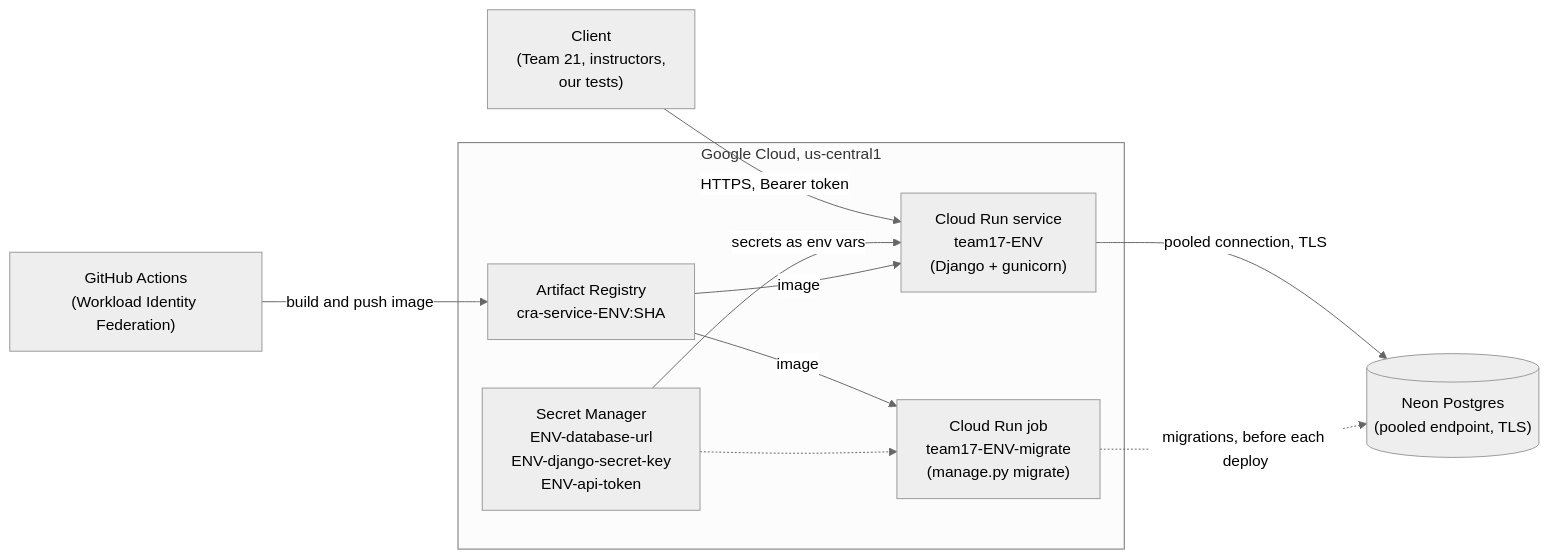
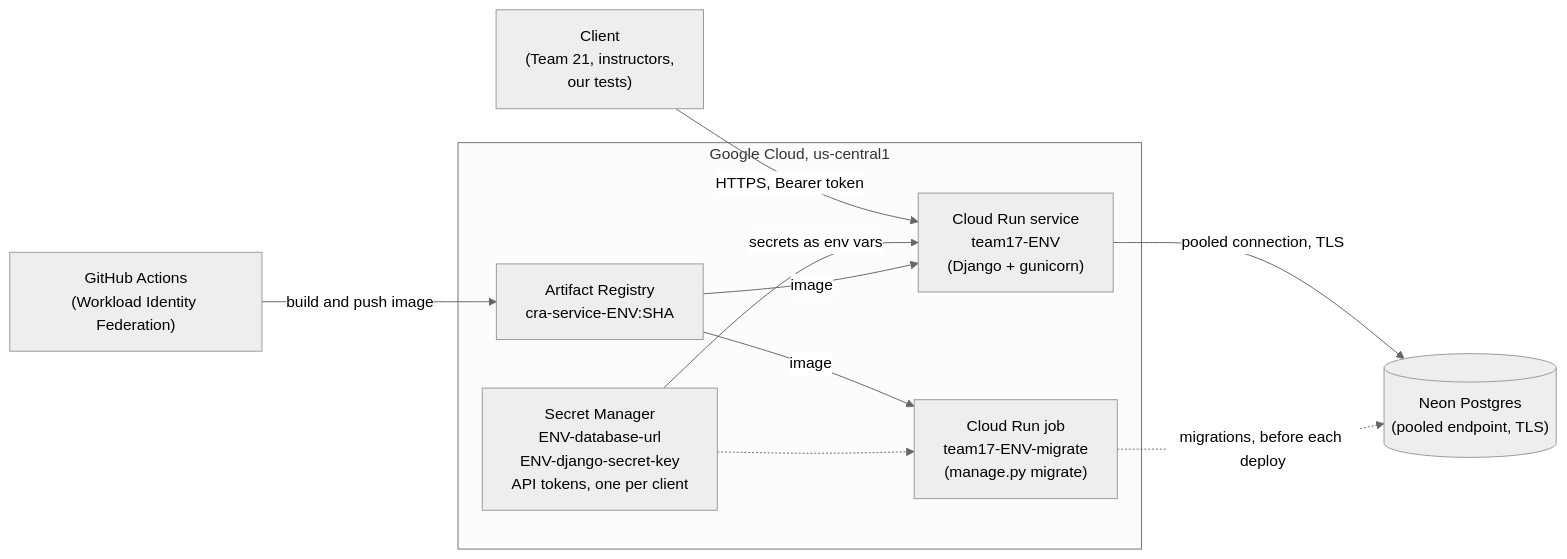
One commit to team17-ece30861/cra-service changed the diagram in docs/platform.md. Above: the diagram before and after it, drawn with Mermaid (neutral theme). The commit also changed other lines of this file and 9 other files, not shown here.

First line of the commit message:
Accept one API token per client and log which client matched

````diff
--- a/docs/platform.md
+++ b/docs/platform.md
@@ -9,23 +9,23 @@
 ```mermaid
 flowchart LR
     client["Client<br/>(Team 21, instructors,<br/>our tests)"]
     gha["GitHub Actions<br/>(Workload Identity Federation)"]
 
     subgraph gcp["Google Cloud, us-central1"]
         ar["Artifact Registry<br/>cra-service-ENV:SHA"]
-        sm["Secret Manager<br/>ENV-database-url<br/>ENV-django-secret-key<br/>ENV-api-token"]
+        sm["Secret Manager<br/>ENV-database-url<br/>ENV-django-secret-key<br/>API tokens, one per client"]
         cr["Cloud Run service<br/>team17-ENV<br/>(Django + gunicorn)"]
         mig["Cloud Run job<br/>team17-ENV-migrate<br/>(manage.py migrate)"]
     end
 
     neon[("Neon Postgres<br/>(pooled endpoint, TLS)")]
 
     client -- "HTTPS, Bearer token" --> cr
     cr -- "pooled connection, TLS" --> neon
     sm -- "secrets as env vars" --> cr
     gha -- "build and push image" --> ar
     ar -- "image" --> mig
     ar -- "image" --> cr
     sm -.-> mig
     mig -. "migrations, before each deploy" .-> neon
 ```
````
